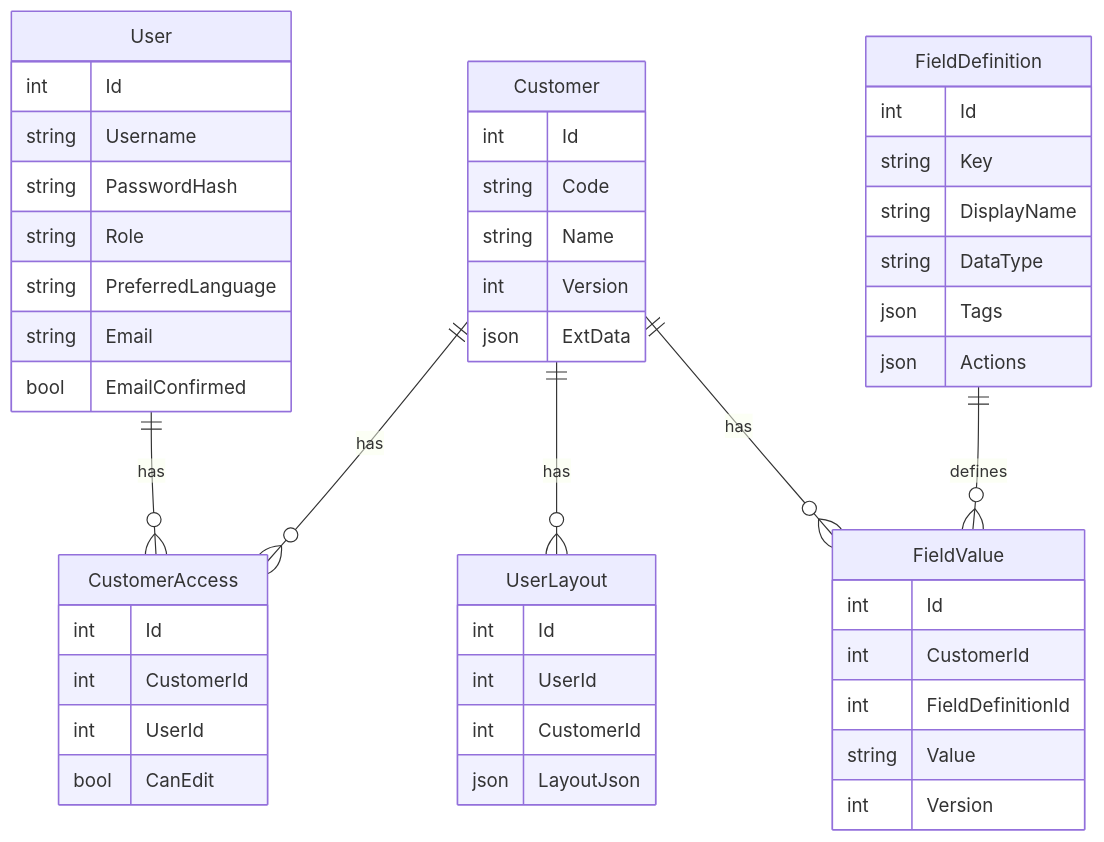
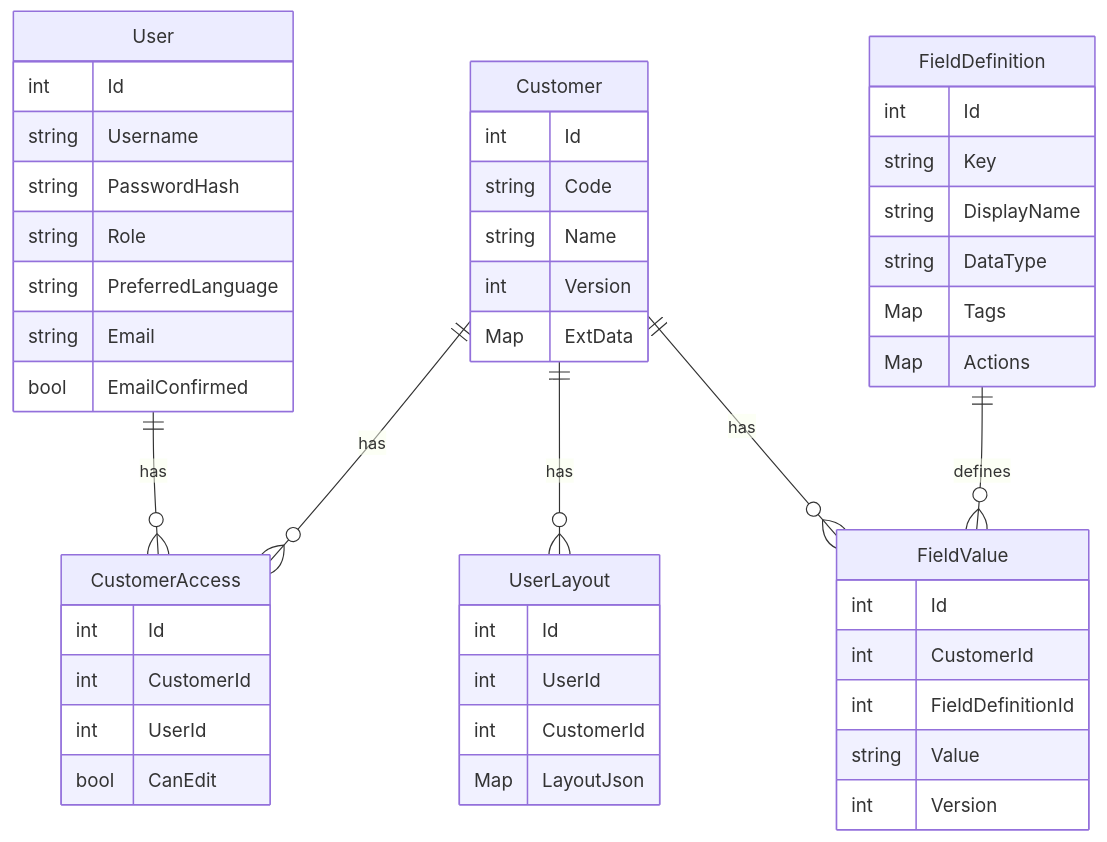
One commit to sunshaoxuan/bobcrm changed the diagram in docs/design/PROD-01-客户信息管理系统设计文档.md. Above: the diagram before and after it, drawn with Mermaid. The commit also changed other lines of this file and 13 other files, not shown here.

````diff
--- a/docs/design/PROD-01-客户信息管理系统设计文档.md
+++ b/docs/design/PROD-01-客户信息管理系统设计文档.md
@@ -396,57 +384,57 @@
 ```mermaid
 erDiagram
     User ||--o{ CustomerAccess : has
     Customer ||--o{ CustomerAccess : has
     Customer ||--o{ UserLayout : has
     Customer ||--o{ FieldValue : has
     FieldDefinition ||--o{ FieldValue : defines
 
     User {
         int Id
         string Username
         string PasswordHash
         string Role
         string PreferredLanguage
         string Email
         bool EmailConfirmed
     }
 
     Customer {
         int Id
         string Code
         string Name
         int Version
-        json ExtData
+        Map ExtData
     }
 
     CustomerAccess {
         int Id
         int CustomerId
         int UserId
         bool CanEdit
     }
 
     FieldDefinition {
         int Id
         string Key
         string DisplayName
         string DataType
-        json Tags
-        json Actions
+        Map Tags
+        Map Actions
     }
 
     FieldValue {
         int Id
         int CustomerId
         int FieldDefinitionId
         string Value
         int Version
     }
 
     UserLayout {
         int Id
         int UserId
         int CustomerId
-        json LayoutJson
+        Map LayoutJson
     }
 ```
````
